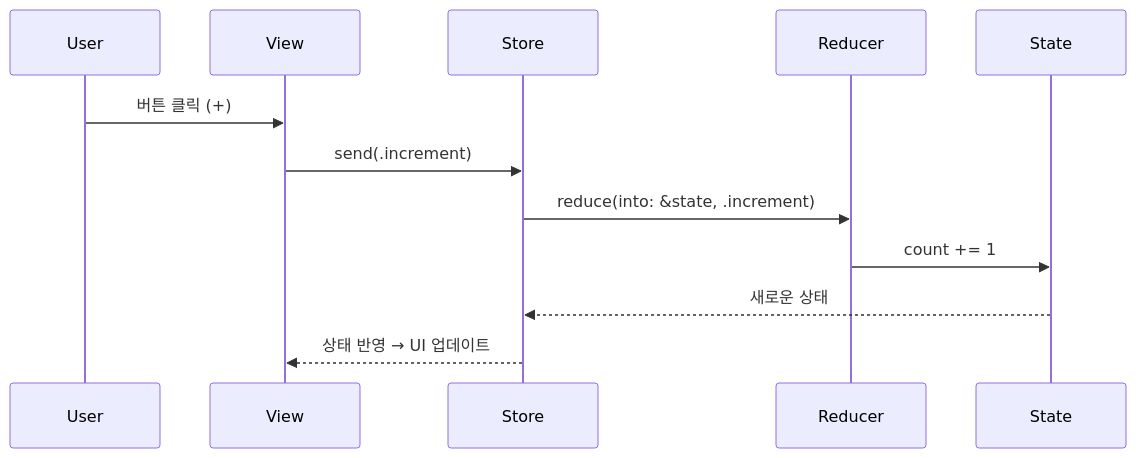
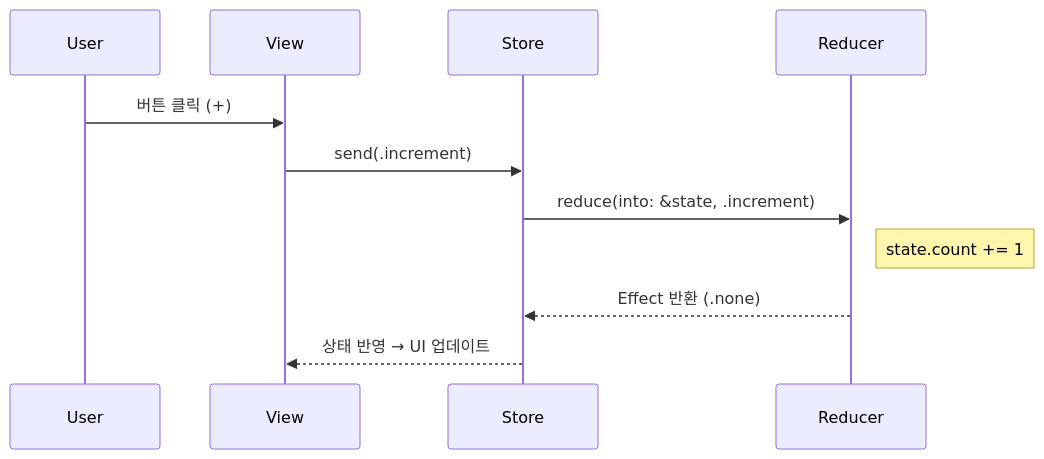
One commit to talq44/study changed the diagram in TCA/Chapter4.md. Above: the diagram before and after it, drawn with Mermaid.

Commit message:
제미나이 의견 반영

````diff
--- a/TCA/Chapter4.md
+++ b/TCA/Chapter4.md
@@ -94,15 +94,13 @@
 ```mermaid
 sequenceDiagram
     participant User
     participant View
     participant Store
     participant Reducer
-    participant State
-
     User->>View: 버튼 클릭 (+)
     View->>Store: send(.increment)
     Store->>Reducer: reduce(into: &state, .increment)
-    Reducer->>State: count += 1
-    State-->>Store: 새로운 상태
+    note right of Reducer: state.count += 1
+    Reducer-->>Store: Effect 반환 (.none)
     Store-->>View: 상태 반영 → UI 업데이트
 ```
````
